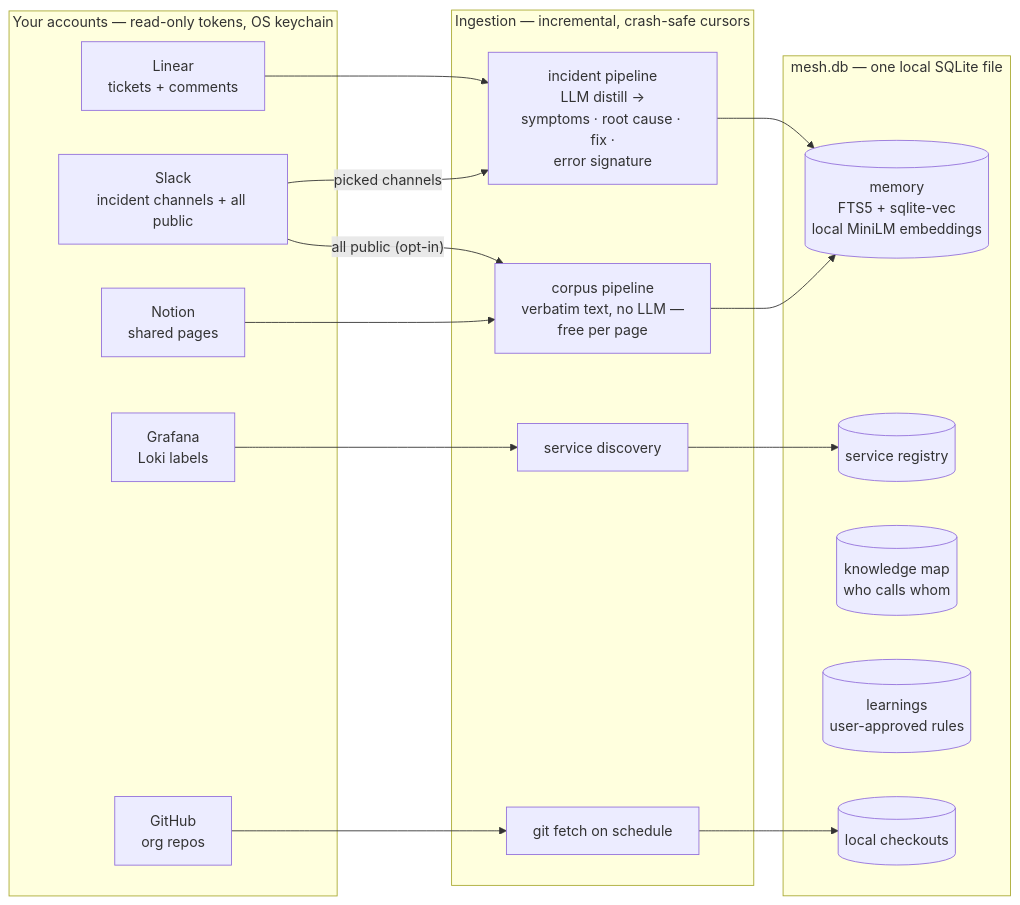
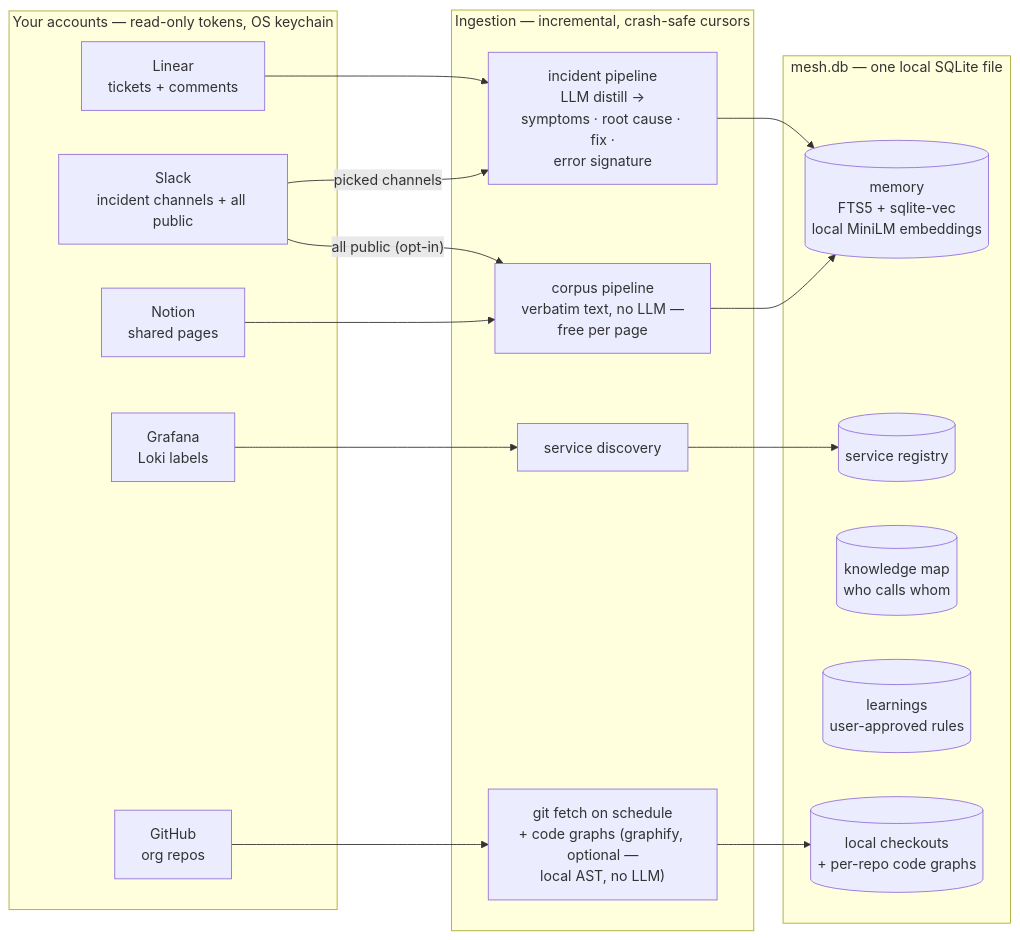
One commit to kumarajay0412/mesh changed the first of 2 diagrams in README.md. Above: the diagram before and after it, drawn with Mermaid. The commit also changed other lines of this file and 21 other files, not shown here.

First line of the commit message:
Code graphs: graphify in sync + sessions + a Knowledge map tab

````diff
--- a/README.md
+++ b/README.md
@@ -25,34 +25,34 @@
 ```mermaid
 flowchart LR
     subgraph accounts["Your accounts — read-only tokens, OS keychain"]
         LIN["Linear<br/>tickets + comments"]
         SLK["Slack<br/>incident channels + all public"]
         NOT["Notion<br/>shared pages"]
         GRAF["Grafana<br/>Loki labels"]
         GIT["GitHub<br/>org repos"]
     end
 
     subgraph pipelines["Ingestion — incremental, crash-safe cursors"]
         DIST["incident pipeline<br/>LLM distill →<br/>symptoms · root cause · fix ·<br/>error signature"]
         CORP["corpus pipeline<br/>verbatim text, no LLM —<br/>free per page"]
         DISC["service discovery"]
-        FETCH["git fetch on schedule"]
+        FETCH["git fetch on schedule<br/>+ code graphs (graphify, optional —<br/>local AST, no LLM)"]
     end
 
     subgraph brain["mesh.db — one local SQLite file"]
         MEM[("memory<br/>FTS5 + sqlite-vec<br/>local MiniLM embeddings")]
         REG[("service registry")]
         MAP[("knowledge map<br/>who calls whom")]
         LRN[("learnings<br/>user-approved rules")]
-        REPOS[("local checkouts")]
+        REPOS[("local checkouts<br/>+ per-repo code graphs")]
     end
 
     LIN --> DIST
     SLK -->|"picked channels"| DIST
     SLK -->|"all public (opt-in)"| CORP
     NOT --> CORP
     DIST --> MEM
     CORP --> MEM
     GRAF --> DISC --> REG
     GIT --> FETCH --> REPOS
 ```
````
